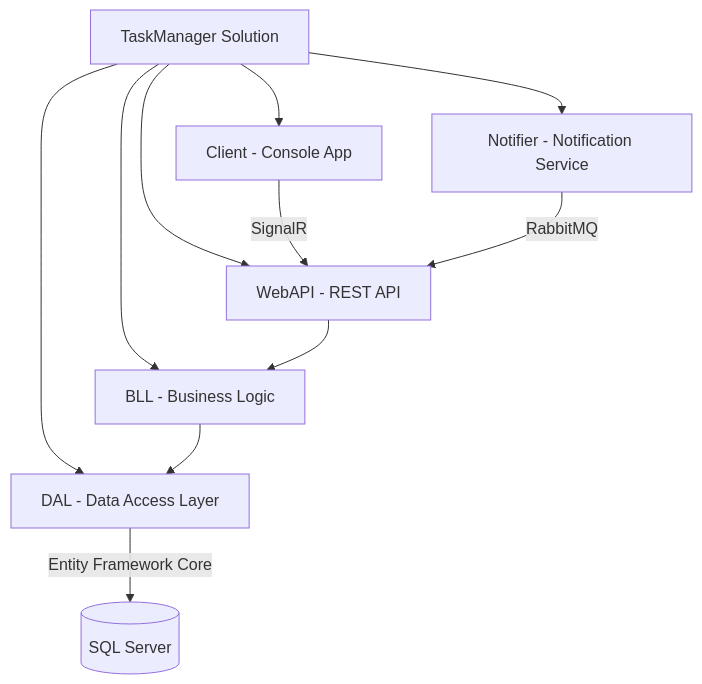
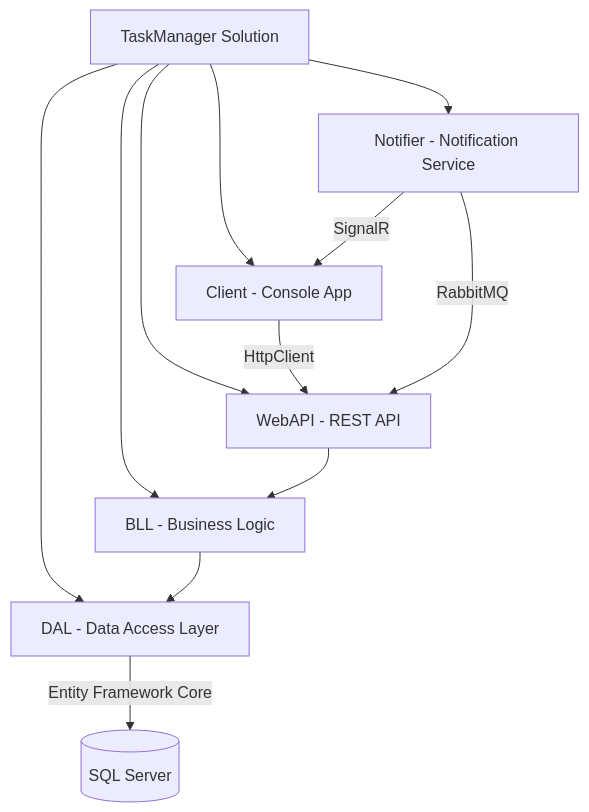
The first of 2 diagrams in README.md (serhiiyasenev/TaskManager), drawn with Mermaid before and after one commit.

````diff
--- a/README.md
+++ b/README.md
@@ -40,14 +40,15 @@
 ```mermaid
 graph TD
-	A[TaskManager Solution] --> B[BLL - Business Logic]
+    A[TaskManager Solution] --> B[BLL - Business Logic]
     A --> C[DAL - Data Access Layer]
     A --> D[WebAPI - REST API]
     A --> E[Client - Console App]
     A --> F[Notifier - Notification Service]
 
     B --> C
     D --> B
     C -->|Entity Framework Core| DB[(SQL Server)]
-    E -->|SignalR| D
+    E -->|HttpClient| D
     F -->|RabbitMQ| D
+    F -->|SignalR| E
 ```
````
